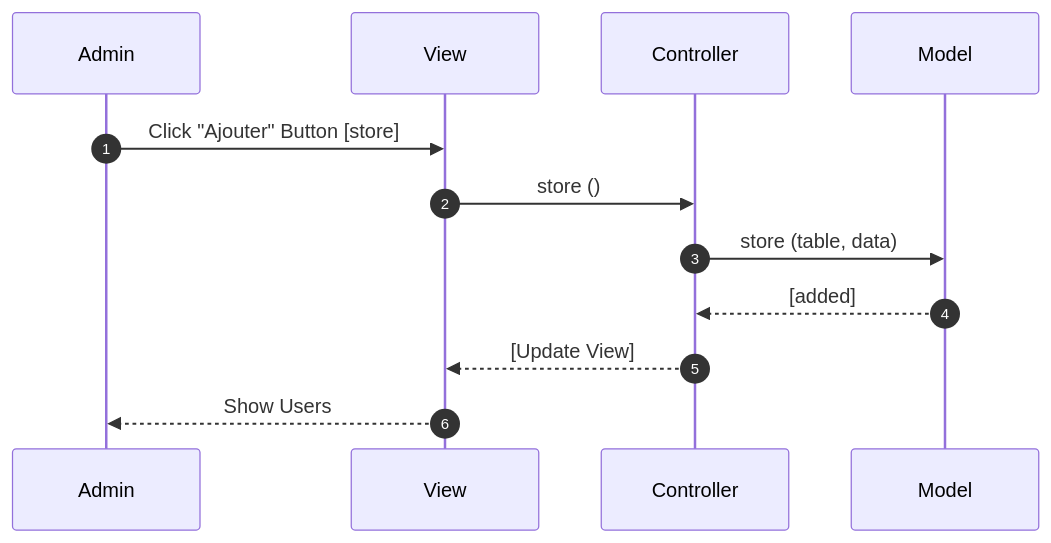
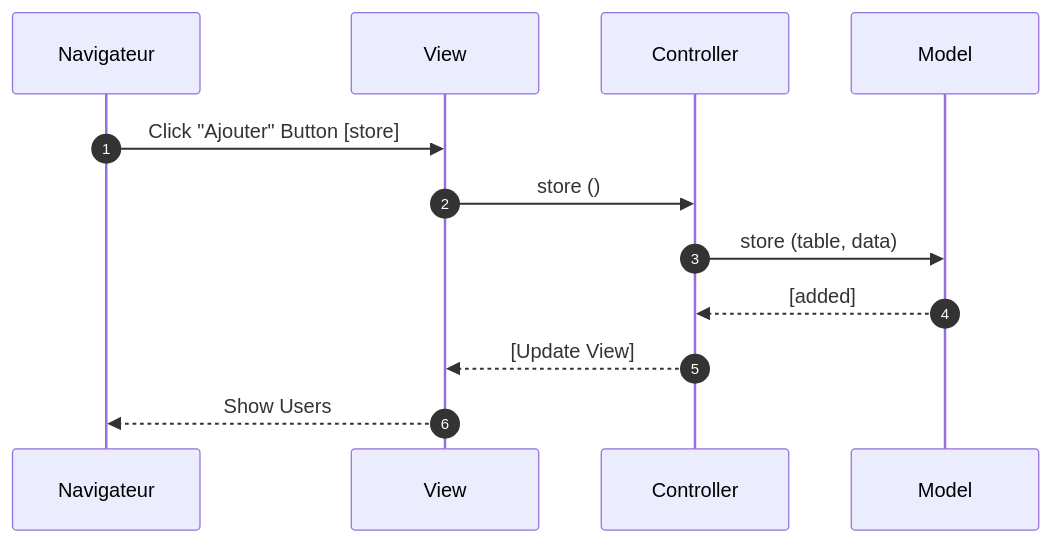
The first of 3 diagrams in README.md (juliexcode/sprint-07), drawn with Mermaid before and after one commit. The commit also changed other lines of this file, not shown here.

````diff
--- a/README.md
+++ b/README.md
@@ -17,10 +17,10 @@
 ```mermaid
 sequenceDiagram
     autonumber
-    Admin->>View: Click "Ajouter" Button [store] 
+    Navigateur->>View: Click "Ajouter" Button [store] 
     View->>Controller: store () 
     Controller->>Model: store (table, data) 
     Model-->>Controller: [added] 
     Controller-->>View: [Update View] 
-    View-->>Admin: Show Users
+    View-->>Navigateur: Show Users
 ```
````
